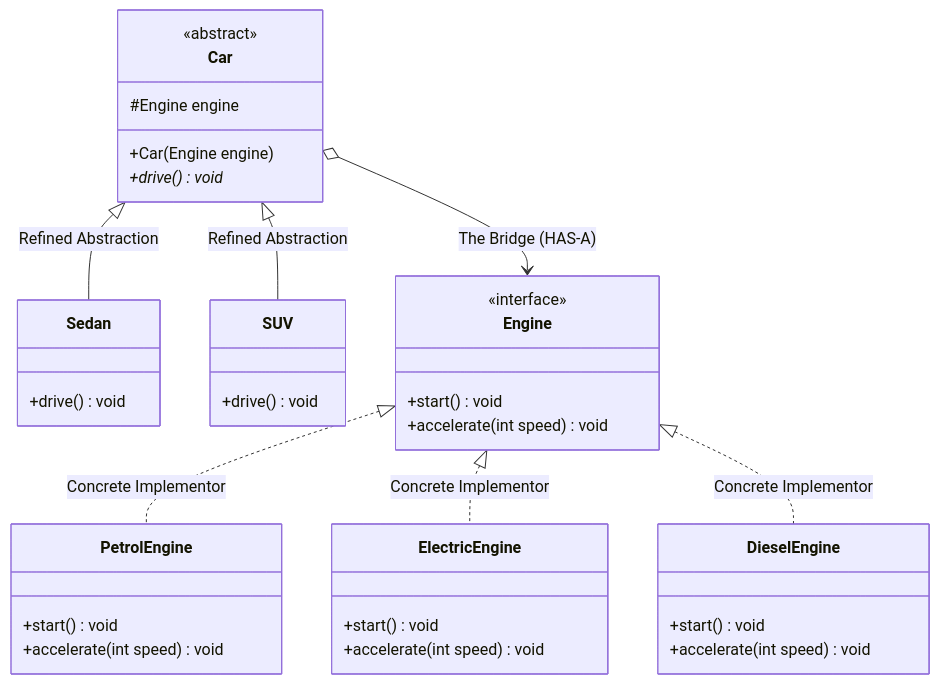
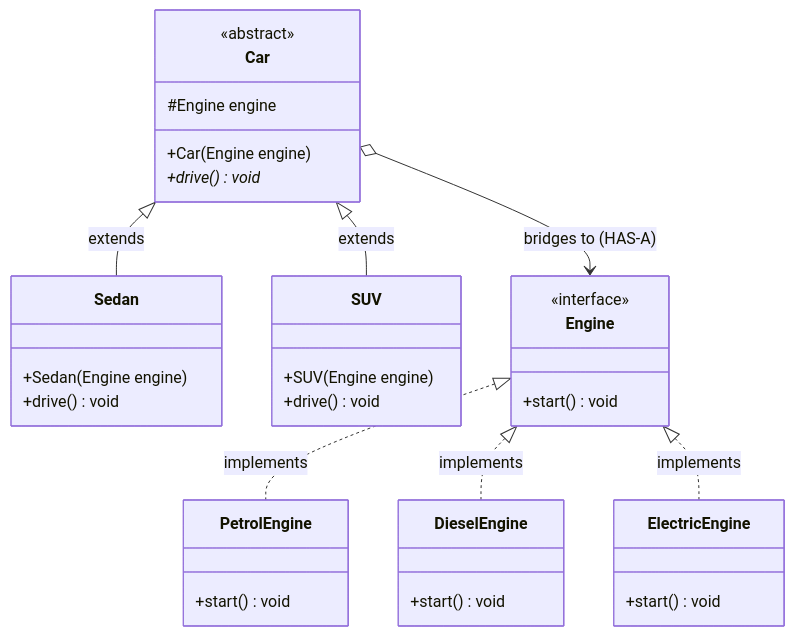
One commit to rohithgowda18/Notes changed the diagram in 04-OOPs-and-Design-Patterns/03-Design-Patterns/25-Bridge-Pattern.md. Above: the diagram before and after it, drawn with Mermaid. The commit also changed other lines of this file and 39 other files, not shown here.

````diff
--- a/04-OOPs-and-Design-Patterns/03-Design-Patterns/25-Bridge-Pattern.md
+++ b/04-OOPs-and-Design-Patterns/03-Design-Patterns/25-Bridge-Pattern.md
@@ -53,45 +63,43 @@
 ```mermaid
 classDiagram
     class Car {
         <<abstract>>
         #Engine engine
         +Car(Engine engine)
         +drive()* void
     }
 
     class Sedan {
+        +Sedan(Engine engine)
         +drive() void
     }
 
     class SUV {
+        +SUV(Engine engine)
         +drive() void
     }
 
     class Engine {
         <<interface>>
         +start() void
-        +accelerate(int speed) void
     }
 
     class PetrolEngine {
         +start() void
-        +accelerate(int speed) void
+    }
+
+    class DieselEngine {
+        +start() void
     }
 
     class ElectricEngine {
         +start() void
-        +accelerate(int speed) void
     }
 
-    class DieselEngine {
-        +start() void
-        +accelerate(int speed) void
-    }
-
-    Car <|-- Sedan : Refined Abstraction
-    Car <|-- SUV : Refined Abstraction
-    Car o--> Engine : The Bridge (HAS-A)
-    Engine <|.. PetrolEngine : Concrete Implementor
-    Engine <|.. ElectricEngine : Concrete Implementor
-    Engine <|.. DieselEngine : Concrete Implementor
+    Car <|-- Sedan : extends
+    Car <|-- SUV : extends
+    Car o--> Engine : bridges to (HAS-A)
+    Engine <|.. PetrolEngine : implements
+    Engine <|.. DieselEngine : implements
+    Engine <|.. ElectricEngine : implements
 ```
````
